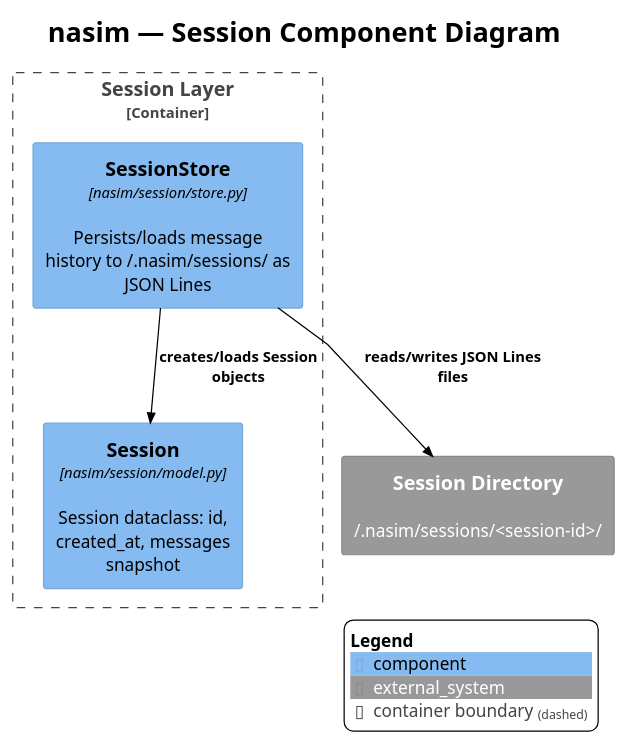
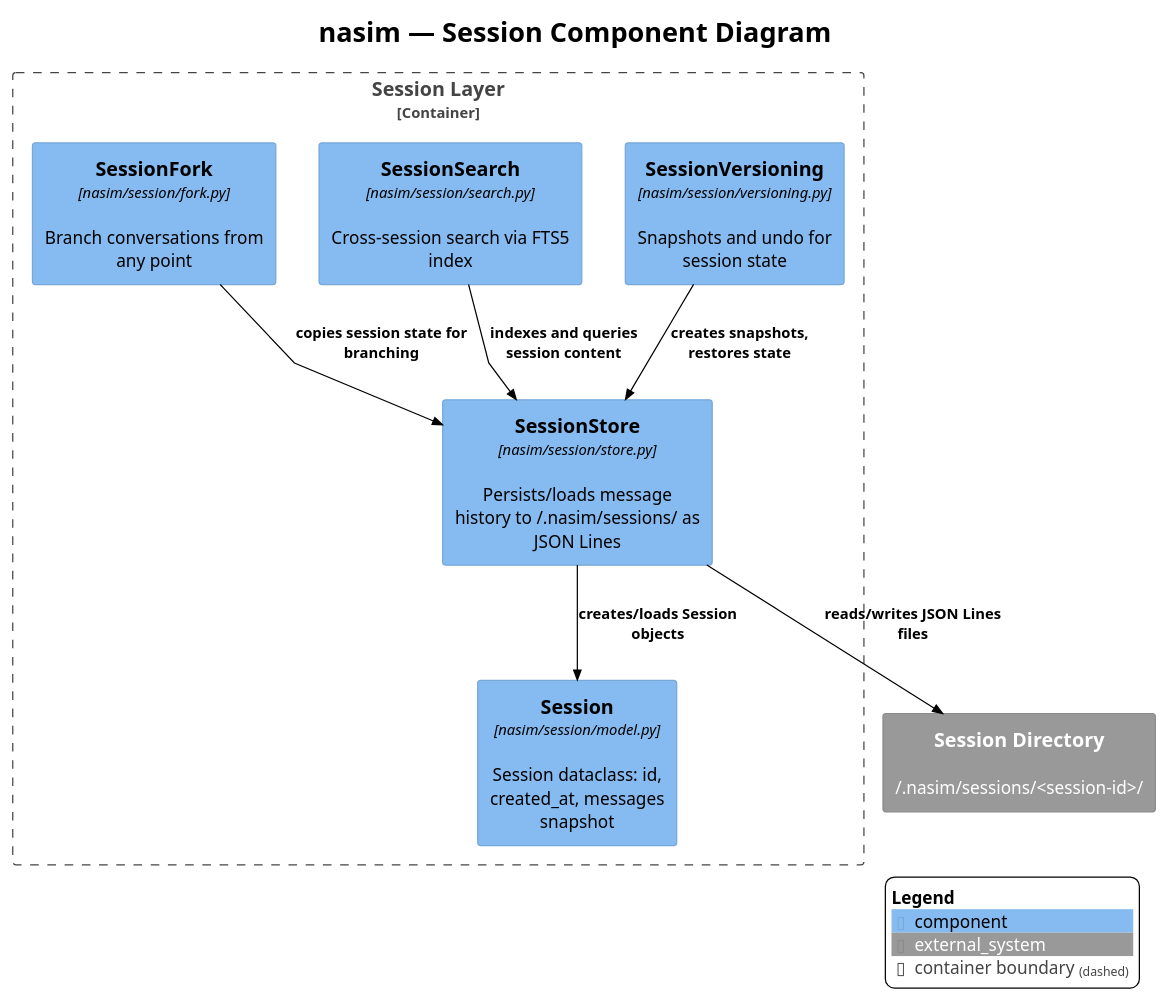
The diagram in docs/C4/c4_nasim_component_session.puml (salimnamvar/nasim), drawn with PlantUML before and after one commit. The commit also changed 23 other files, not shown here.

```diff
--- a/docs/C4/c4_nasim_component_session.puml
+++ b/docs/C4/c4_nasim_component_session.puml
@@ -1,27 +1,33 @@
 !include https://raw.githubusercontent.com/plantuml-stdlib/C4-PlantUML/v2.10.0/C4_Component.puml
 !theme plain
 skinparam linetype polyline
 
 ' ============================================================
 ' Title:     nasim — Session Component Diagram
-' Boundary:  nasim code agent CLI
+' Boundary:  nasim code agent
 ' Purpose:   Session layer internal components
 ' Milestone: v1.0
-' Version:   2.0.0
-' Source:    docs/audit/audit_2026-06-20_capability-and-architecture.md
-' Review:    —
+' Version:   4.0.0
+' Source:    docs/audit/audit.2026.06.20.comprehensive.reference.audit.md
+' Review:    docs/audit/audit.2026.06.20.comprehensive.reference.audit.md
 ' ============================================================
 
 title nasim — Session Component Diagram
 
 Container_Boundary(session_boundary, "Session Layer") {
     Component(session_store, "SessionStore", "nasim/session/store.py", "Persists/loads message history to ~/.nasim/sessions/ as JSON Lines")
     Component(session_model, "Session", "nasim/session/model.py", "Session dataclass: id, created_at, messages snapshot")
+    Component(session_versioning, "SessionVersioning", "nasim/session/versioning.py", "Snapshots and undo for session state")
+    Component(session_search, "SessionSearch", "nasim/session/search.py", "Cross-session search via FTS5 index")
+    Component(session_fork, "SessionFork", "nasim/session/fork.py", "Branch conversations from any point")
 }
 
 System_Ext(session_dir, "Session Directory", "~/.nasim/sessions/<session-id>/")
 
 Rel(session_store, session_model, "creates/loads Session objects")
 Rel(session_store, session_dir, "reads/writes JSON Lines files")
+Rel(session_versioning, session_store, "creates snapshots, restores state")
+Rel(session_search, session_store, "indexes and queries session content")
+Rel(session_fork, session_store, "copies session state for branching")
 
 SHOW_LEGEND()
```
